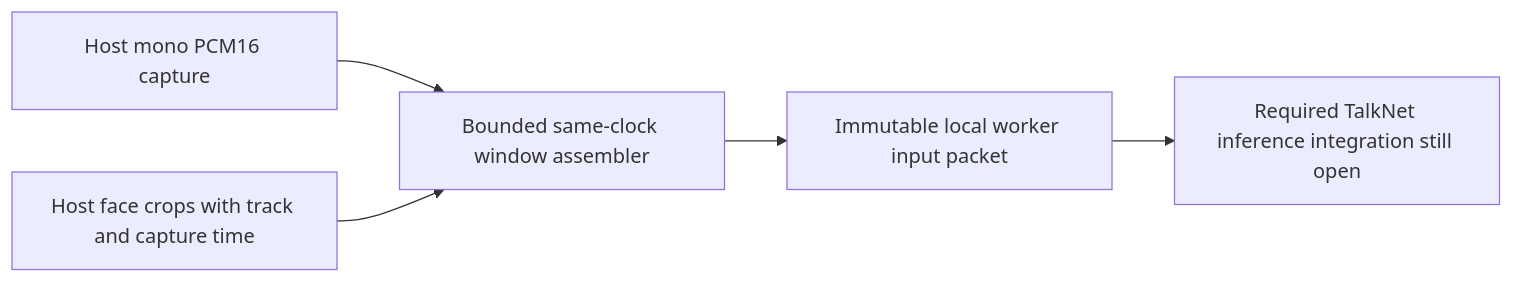
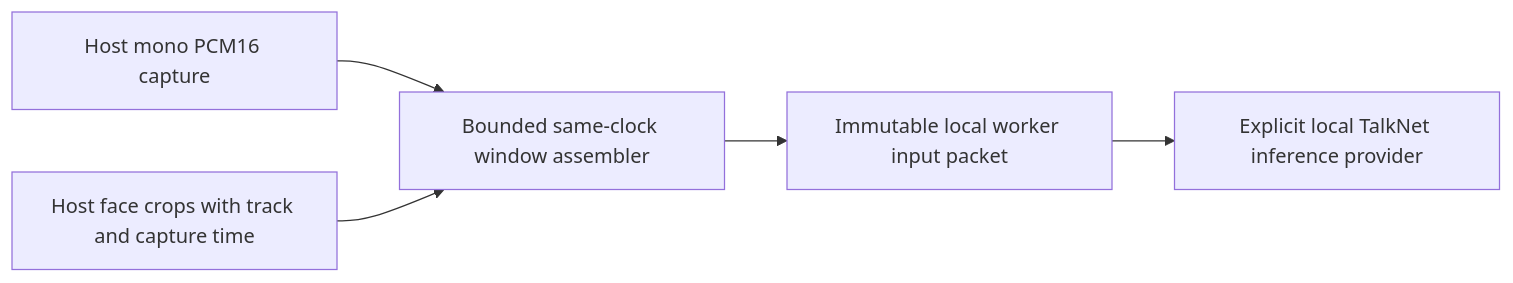
The diagram in docs/audiovisual-windows.md (NomaDamas/Gamst), drawn with Mermaid before and after one commit. The commit also changed other lines of this file and 12 other files, not shown here.

Commit message:
Connect pinned local TalkNet inference to audiovisual SDK context

````diff
--- a/docs/audiovisual-windows.md
+++ b/docs/audiovisual-windows.md
@@ -3,7 +3,7 @@
 ```mermaid
 flowchart LR
   A[Host mono PCM16 capture] --> C[Bounded same-clock window assembler]
   B[Host face crops with track and capture time] --> C
   C --> D[Immutable local worker input packet]
-  D --> E[Required TalkNet inference integration still open]
+  D --> E[Explicit local TalkNet inference provider]
 ```
````
